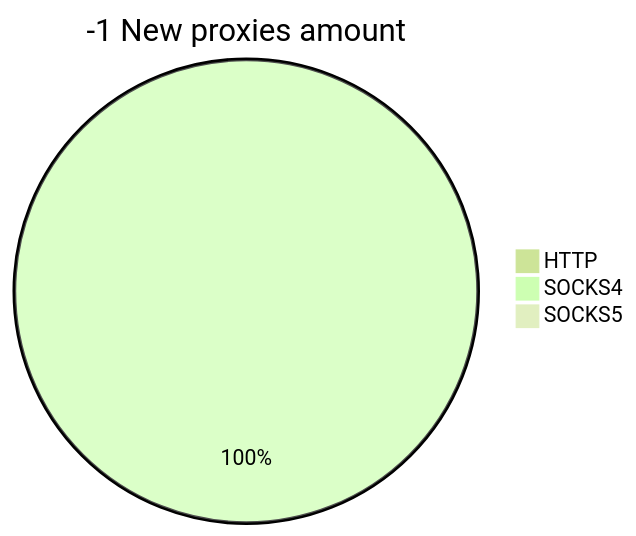
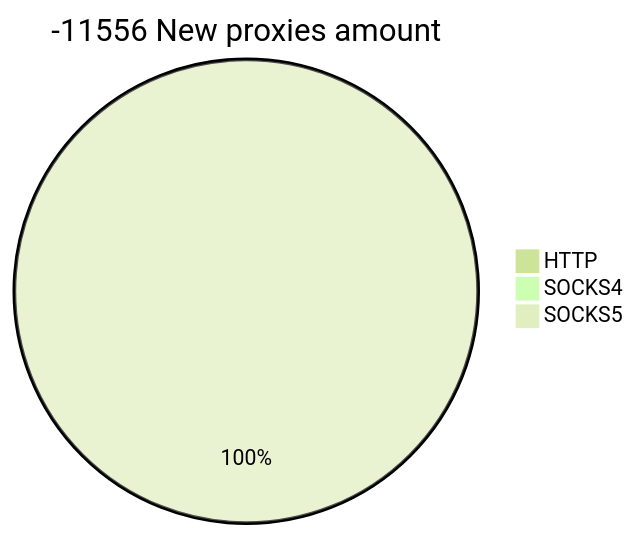
One commit to cutipu/proxylist changed the second of 2 diagrams in README.md. Above: the diagram before and after it, drawn with Mermaid (forest theme). The commit also changed other lines of this file, not shown here.

````diff
--- a/README.md
+++ b/README.md
@@ -10,6 +10,6 @@
 ```mermaid
-pie title -1 New proxies amount
+pie title -11556 New proxies amount
     "HTTP" : 0
-    "SOCKS4" : 1
-    "SOCKS5" : 0
+    "SOCKS4" : 0
+    "SOCKS5" : 1
 ```
````
